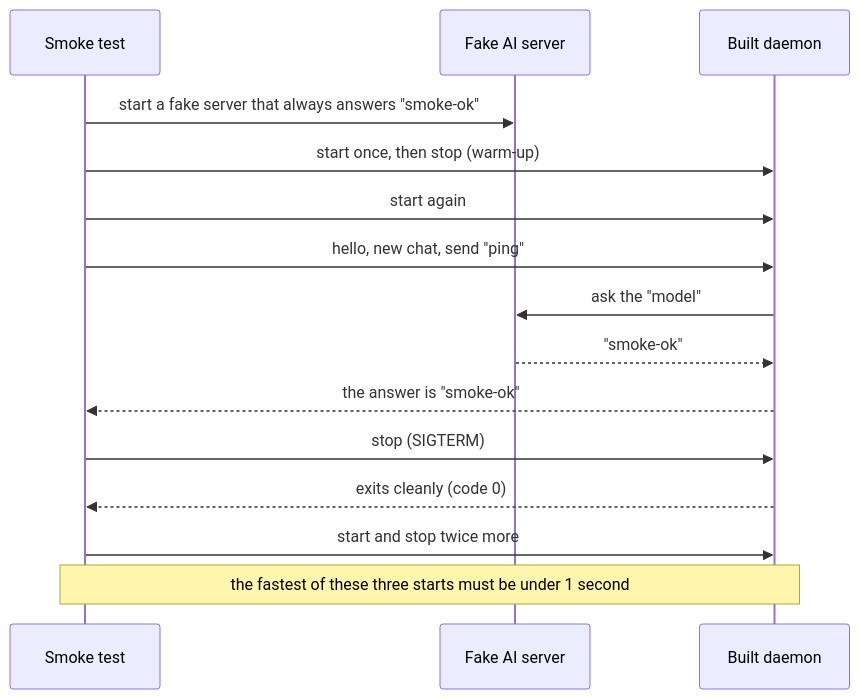
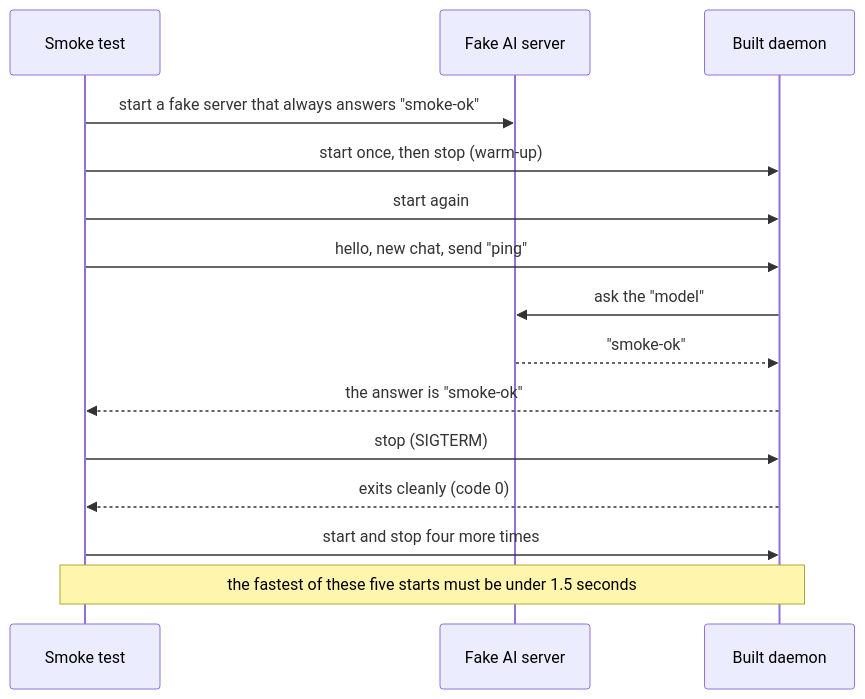
Before and after one commit to MilanPavel/golem: the fourth of 15 diagrams in docs/sre.md, drawn with Mermaid. The commit also changed other lines of this file and 1 other file, not shown here.

Commit message:
fix(ci): the smoke test allows 1.5s for the fastest of five starts, since shared CI Macs vary

````diff
--- a/docs/sre.md
+++ b/docs/sre.md
@@ -129,17 +129,17 @@
 ```mermaid
 sequenceDiagram
   participant T as Smoke test
   participant F as Fake AI server
   participant D as Built daemon
   T->>F: start a fake server that always answers "smoke-ok"
   T->>D: start once, then stop (warm-up)
   T->>D: start again
   T->>D: hello, new chat, send "ping"
   D->>F: ask the "model"
   F-->>D: "smoke-ok"
   D-->>T: the answer is "smoke-ok"
   T->>D: stop (SIGTERM)
   D-->>T: exits cleanly (code 0)
-  T->>D: start and stop twice more
-  Note over T,D: the fastest of these three starts must be under 1 second
+  T->>D: start and stop four more times
+  Note over T,D: the fastest of these five starts must be under 1.5 seconds
 ```
````
